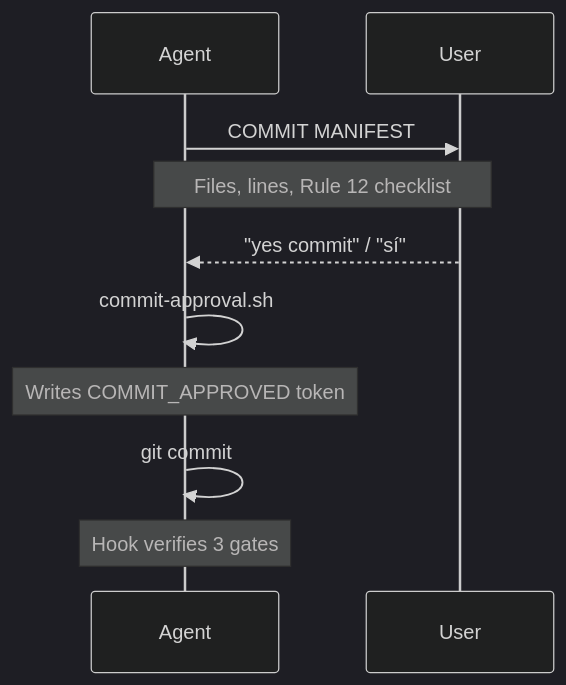
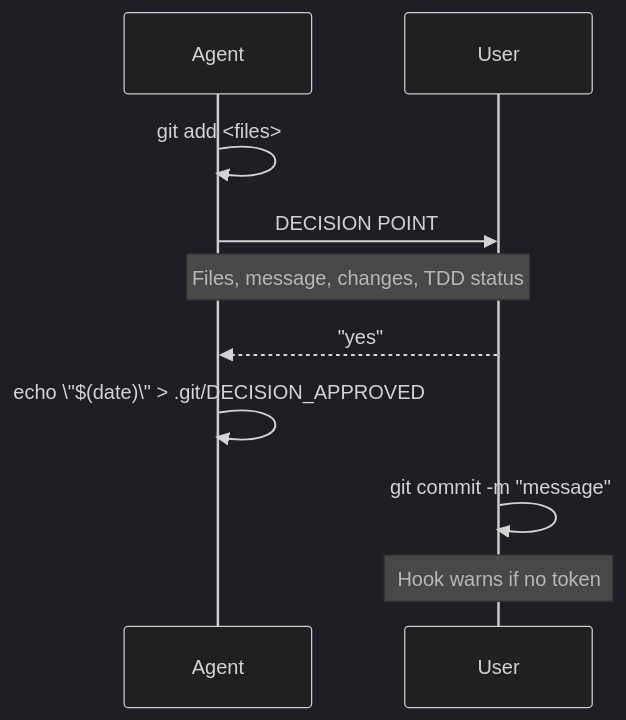
One commit to juandelossantos/another-agent-skills changed the sixth of 9 diagrams in PATTERNS.md. Above: the diagram before and after it, drawn with Mermaid (dark theme). The commit also changed other lines of this file, not shown here.

Commit message:
docs: P0.5c — update sequence diagram to DECISION_APPROVED flow
OVERRIDE: doc-only change

````diff
--- a/PATTERNS.md
+++ b/PATTERNS.md
@@ -146,13 +146,13 @@
 ```mermaid
 sequenceDiagram
     participant Agent
     participant User
     
-    Agent->>User: COMMIT MANIFEST
-    Note over Agent,User: Files, lines, Rule 12 checklist
-    User-->>Agent: "yes commit" / "sí"
-    Agent->>Agent: commit-approval.sh
-    Note over Agent: Writes COMMIT_APPROVED token
-    Agent->>Agent: git commit
-    Note over Agent: Hook verifies 3 gates
+    Agent->>Agent: git add <files>
+    Agent->>User: DECISION POINT
+    Note over Agent,User: Files, message, changes, TDD status
+    User-->>Agent: "yes"
+    Agent->>Agent: echo \"$(date)\" > .git/DECISION_APPROVED
+    User->>User: git commit -m "message"
+    Note over User: Hook warns if no token
 ```
````
